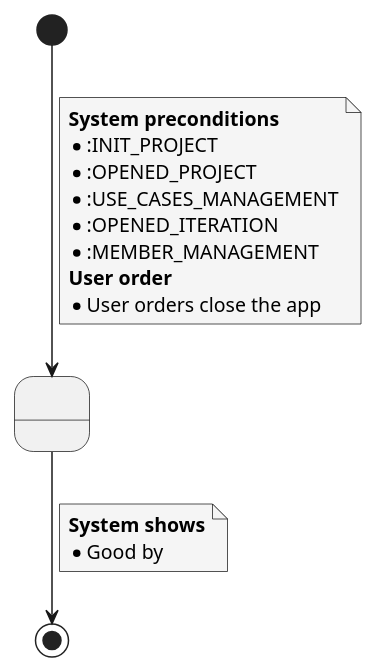
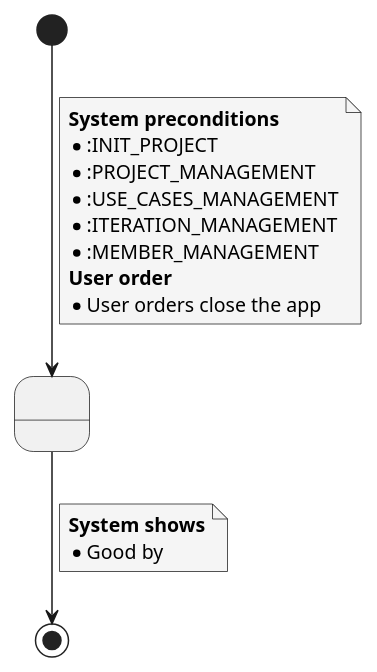
Before and after one commit to rup-projects/rup-projects: the diagram in documentation/diagrams/usecases/specifications/general/CloseSystem.puml, drawn with PlantUML. The commit also changed 16 other files, not shown here.

Commit message:
cambiamos de nombre OPENED por MANAGEMENT

```diff
--- a/documentation/diagrams/usecases/specifications/general/CloseSystem.puml
+++ b/documentation/diagrams/usecases/specifications/general/CloseSystem.puml
@@ -1,26 +1,26 @@
 @startuml
 
 skinparam {
     NoteBackgroundColor #whiteSmoke
 }
 
 state 1 as " "
 
 [*] --> 1
 note on link
     <b>System preconditions</b>
     * :INIT_PROJECT
-    * :OPENED_PROJECT
+    * :PROJECT_MANAGEMENT
     * :USE_CASES_MANAGEMENT
-    * :OPENED_ITERATION
+    * :ITERATION_MANAGEMENT
     * :MEMBER_MANAGEMENT
     <b>User order</b>
     * User orders close the app
 end note
 
 1 --> [*]
     note on link
 <b>System shows</b>
 * Good by
 end note
 @enduml
```
